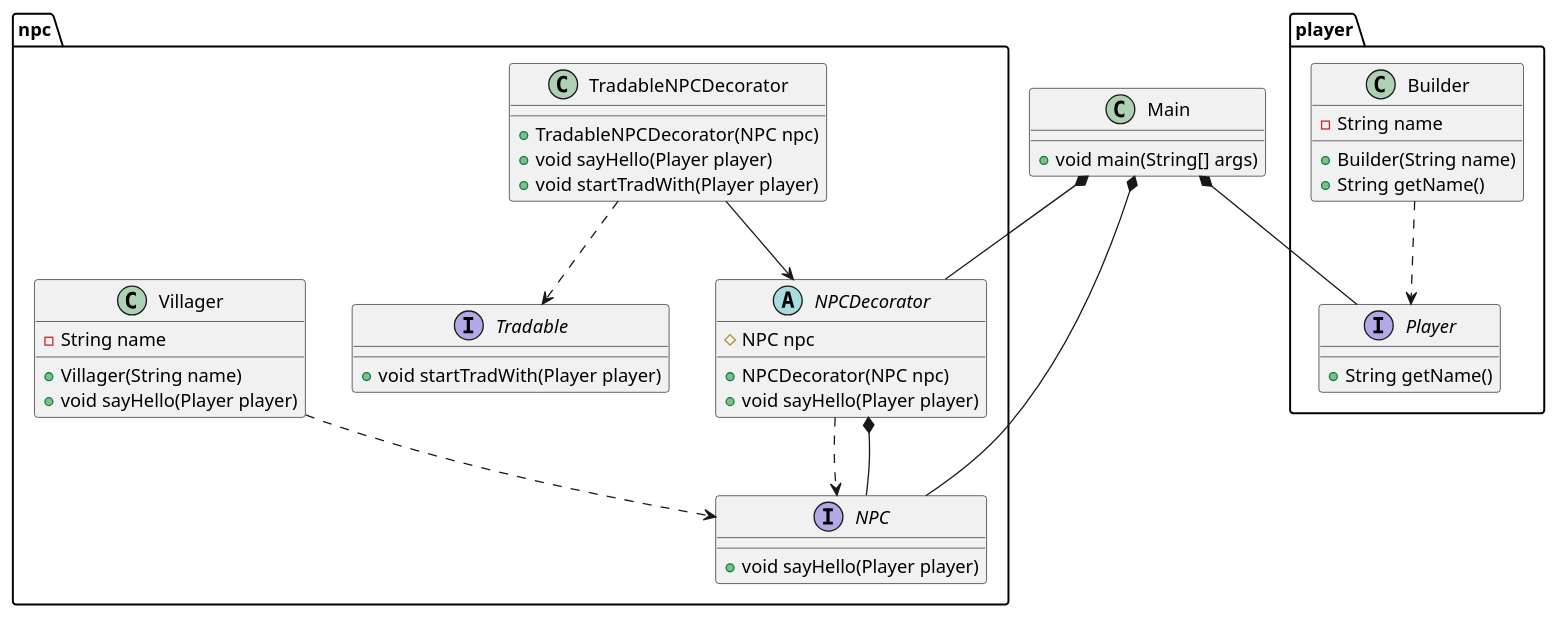
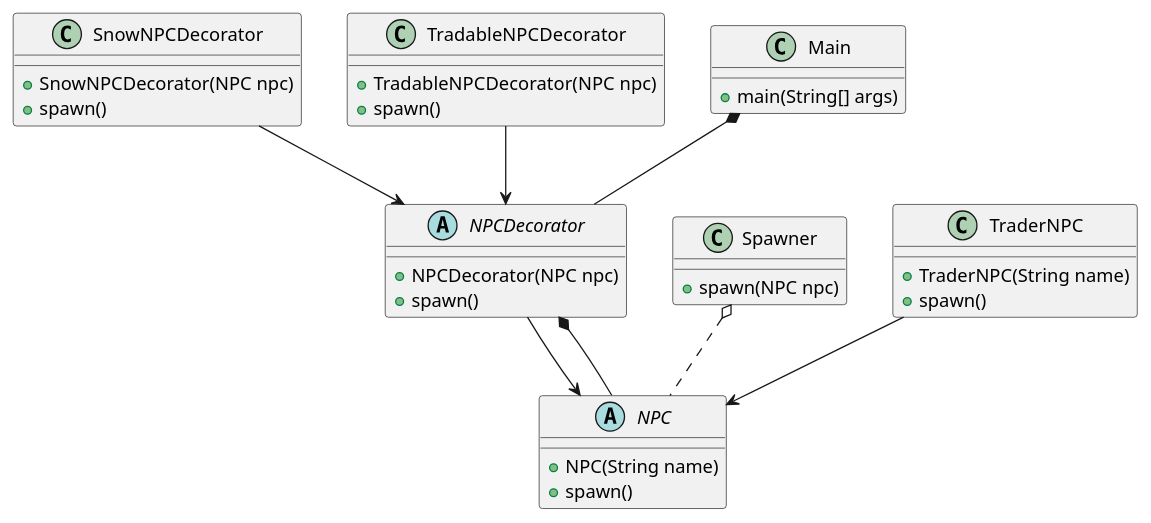
Before and after one commit to mykyta-university/university-works: the diagram in systems-architecture/test-1/doc/class-diagram.puml, drawn with PlantUML. The commit also changed 13 other files, not shown here.

Commit message:
Corrected errors, in code and class diagram, rewrote report

```diff
--- a/systems-architecture/test-1/doc/class-diagram.puml
+++ b/systems-architecture/test-1/doc/class-diagram.puml
@@ -1,59 +1,46 @@
 @startuml class-diagram
 
-package npc {
-    interface NPC {
-        + void sayHello(Player player)
+abstract class NPC {
+        + NPC(String name)
+        + spawn()
     }
 
     abstract class NPCDecorator {
-        # NPC npc
-
         + NPCDecorator(NPC npc)
-        + void sayHello(Player player)
+        + spawn()
     }
 
-    interface Tradable {
-        + void startTradWith(Player player)
+    class SnowNPCDecorator {
+        + SnowNPCDecorator(NPC npc)
+        + spawn()
     }
 
     class TradableNPCDecorator {
         + TradableNPCDecorator(NPC npc)
-        + void sayHello(Player player)
-        + void startTradWith(Player player)
+        + spawn()
     }
 
-    class Villager {
-        - String name
-
-        + Villager(String name)
-        + void sayHello(Player player)
-    }
-}
-
-package player {
-    class Builder {
-        - String name
-
-        + Builder(String name)
-        + String getName()
+    class Spawner {
+        + spawn(NPC npc)
     }
 
-    interface Player {
-        + String getName()
+    class Main {
+        + main(String[] args)
     }
-}
 
-class Main {
-    + void main(String[] args)
-}
+    class TraderNPC {
+        + TraderNPC(String name)
+        + spawn()
+    }
 
-NPCDecorator ..> NPC
+NPCDecorator --> NPC
+SnowNPCDecorator --> NPCDecorator
 TradableNPCDecorator --> NPCDecorator
-TradableNPCDecorator ..> Tradable
-Villager ..> NPC
-Builder ..> Player
+TraderNPC --> NPC
+
 NPCDecorator *-- NPC
-Main *-- Player
+
+Spawner o.. NPC
+
 Main *-- NPCDecorator
-Main *-- NPC
 @enduml
```
